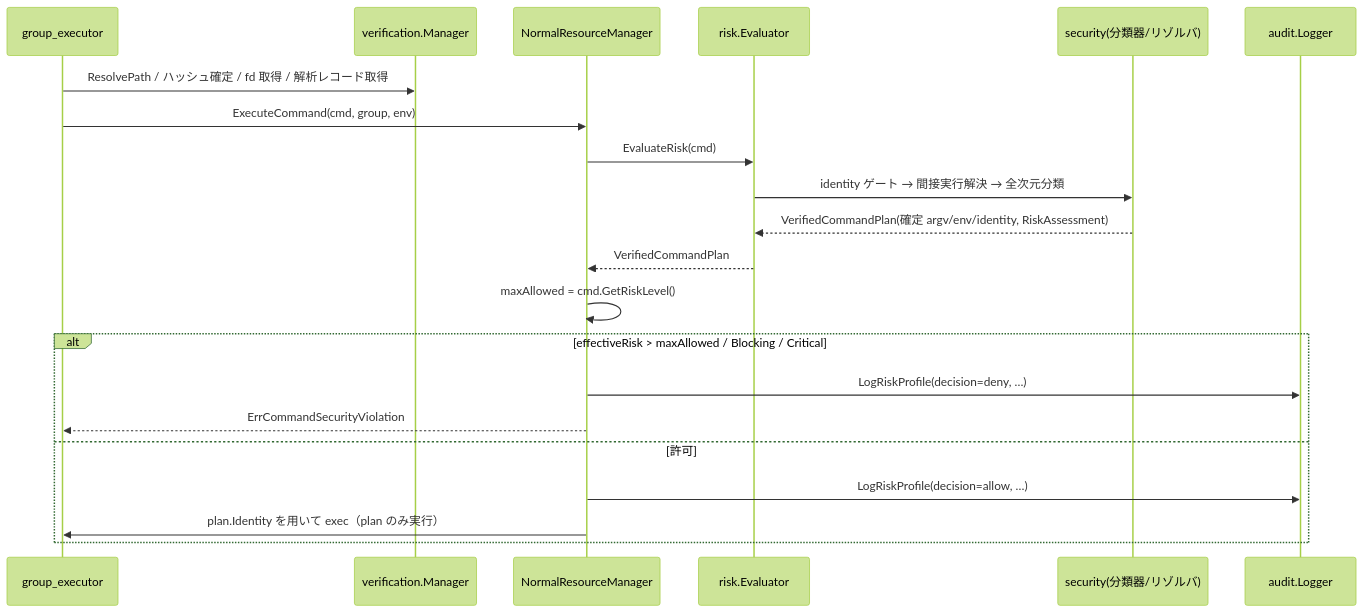
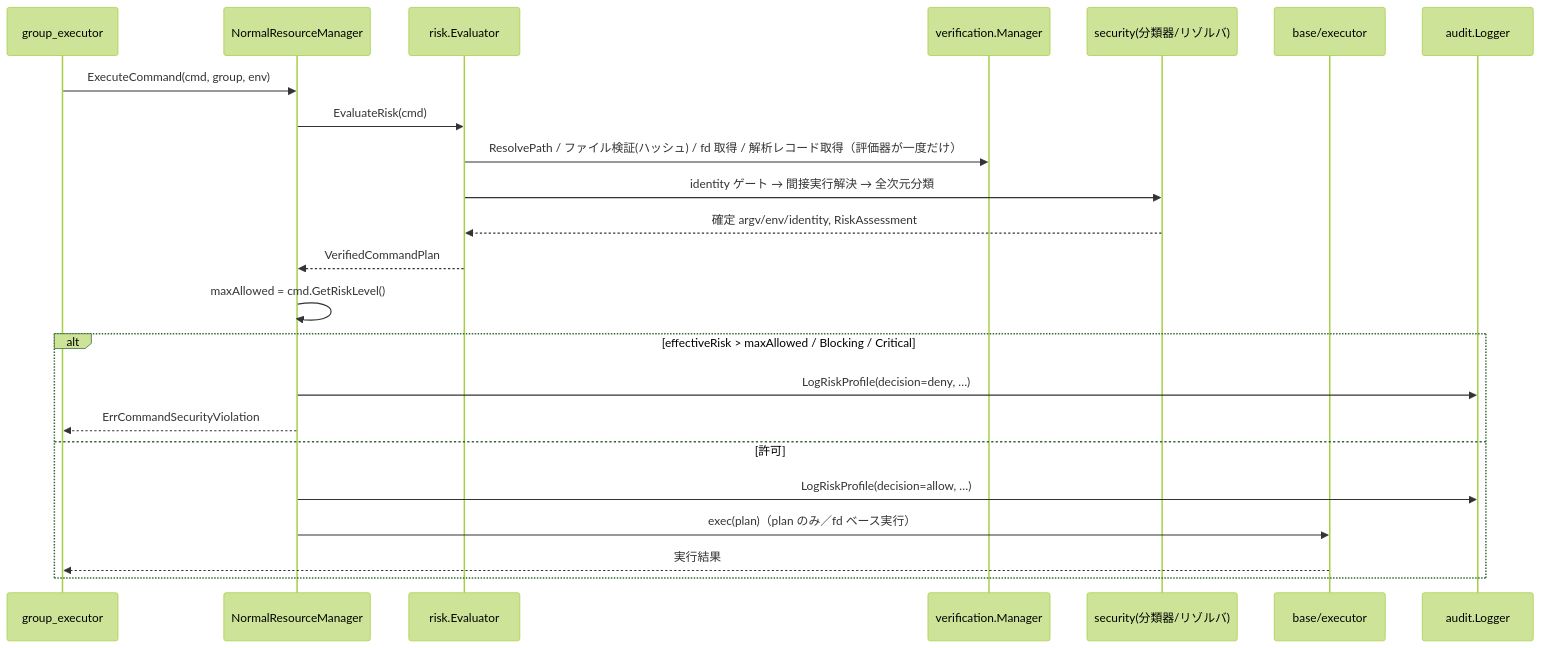
The seventh of 12 diagrams in docs/tasks/0136_runtime_risk_evaluation_enforcement/02_architecture.md (isseis/go-safe-cmd-runner), drawn with Mermaid (forest theme) before and after one commit. The commit also changed other lines of this file and 1 other file, not shown here.

````diff
--- a/docs/tasks/0136_runtime_risk_evaluation_enforcement/02_architecture.md
+++ b/docs/tasks/0136_runtime_risk_evaluation_enforcement/02_architecture.md
@@ -188,24 +189,26 @@
 ```mermaid
 sequenceDiagram
     participant GE as group_executor
-    participant VM as verification.Manager
     participant RM as NormalResourceManager
     participant EV as risk.Evaluator
+    participant VM as verification.Manager
     participant SEC as security(分類器/リゾルバ)
+    participant EX as base/executor
     participant AL as audit.Logger
 
-    GE->>VM: ResolvePath / ハッシュ確定 / fd 取得 / 解析レコード取得
     GE->>RM: ExecuteCommand(cmd, group, env)
     RM->>EV: EvaluateRisk(cmd)
+    EV->>VM: ResolvePath / ファイル検証(ハッシュ) / fd 取得 / 解析レコード取得（評価器が一度だけ）
     EV->>SEC: identity ゲート → 間接実行解決 → 全次元分類
-    SEC-->>EV: VerifiedCommandPlan(確定 argv/env/identity, RiskAssessment)
+    SEC-->>EV: 確定 argv/env/identity, RiskAssessment
     EV-->>RM: VerifiedCommandPlan
     RM->>RM: maxAllowed = cmd.GetRiskLevel()
     alt effectiveRisk > maxAllowed / Blocking / Critical
         RM->>AL: LogRiskProfile(decision=deny, …)
         RM-->>GE: ErrCommandSecurityViolation
     else 許可
         RM->>AL: LogRiskProfile(decision=allow, …)
-        RM->>GE: plan.Identity を用いて exec（plan のみ実行）
+        RM->>EX: exec(plan)（plan のみ／fd ベース実行）
+        EX-->>GE: 実行結果
     end
 ```
````
